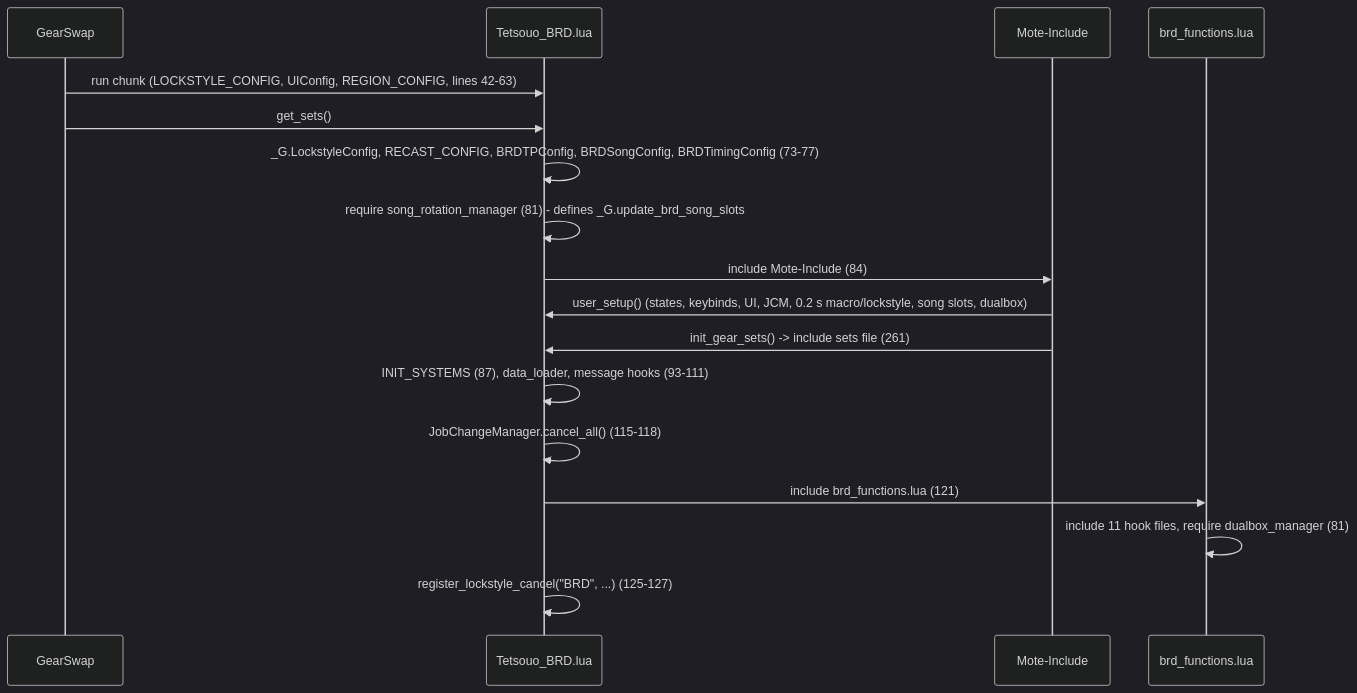
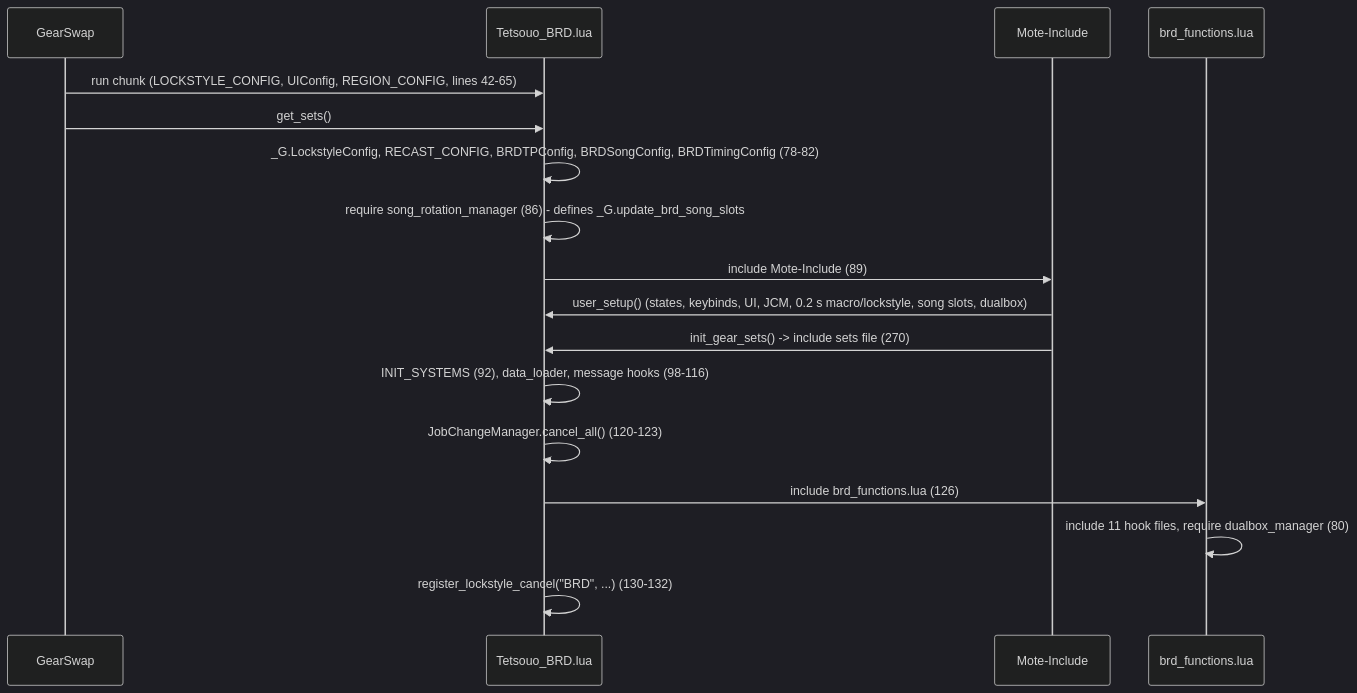
Before and after one commit to ejouanchicot/Gearswap: the first of 3 diagrams in docs/dev/jobs/brd.md, drawn with Mermaid (dark theme). The commit also changed other lines of this file and 81 other files, not shown here.

````diff
--- a/docs/dev/jobs/brd.md
+++ b/docs/dev/jobs/brd.md
@@ -83,19 +89,19 @@
 ```mermaid
 sequenceDiagram
     participant GS as GearSwap
     participant E as Tetsouo_BRD.lua
     participant M as Mote-Include
     participant F as brd_functions.lua
-    GS->>E: run chunk (LOCKSTYLE_CONFIG, UIConfig, REGION_CONFIG, lines 42-63)
+    GS->>E: run chunk (LOCKSTYLE_CONFIG, UIConfig, REGION_CONFIG, lines 42-65)
     GS->>E: get_sets()
-    E->>E: _G.LockstyleConfig, RECAST_CONFIG, BRDTPConfig, BRDSongConfig, BRDTimingConfig (73-77)
-    E->>E: require song_rotation_manager (81) - defines _G.update_brd_song_slots
-    E->>M: include Mote-Include (84)
+    E->>E: _G.LockstyleConfig, RECAST_CONFIG, BRDTPConfig, BRDSongConfig, BRDTimingConfig (78-82)
+    E->>E: require song_rotation_manager (86) - defines _G.update_brd_song_slots
+    E->>M: include Mote-Include (89)
     M->>E: user_setup() (states, keybinds, UI, JCM, 0.2 s macro/lockstyle, song slots, dualbox)
-    M->>E: init_gear_sets() -> include sets file (261)
-    E->>E: INIT_SYSTEMS (87), data_loader, message hooks (93-111)
-    E->>E: JobChangeManager.cancel_all() (115-118)
-    E->>F: include brd_functions.lua (121)
-    F->>F: include 11 hook files, require dualbox_manager (81)
-    E->>E: register_lockstyle_cancel("BRD", ...) (125-127)
+    M->>E: init_gear_sets() -> include sets file (270)
+    E->>E: INIT_SYSTEMS (92), data_loader, message hooks (98-116)
+    E->>E: JobChangeManager.cancel_all() (120-123)
+    E->>F: include brd_functions.lua (126)
+    F->>F: include 11 hook files, require dualbox_manager (80)
+    E->>E: register_lockstyle_cancel("BRD", ...) (130-132)
 ```
````
